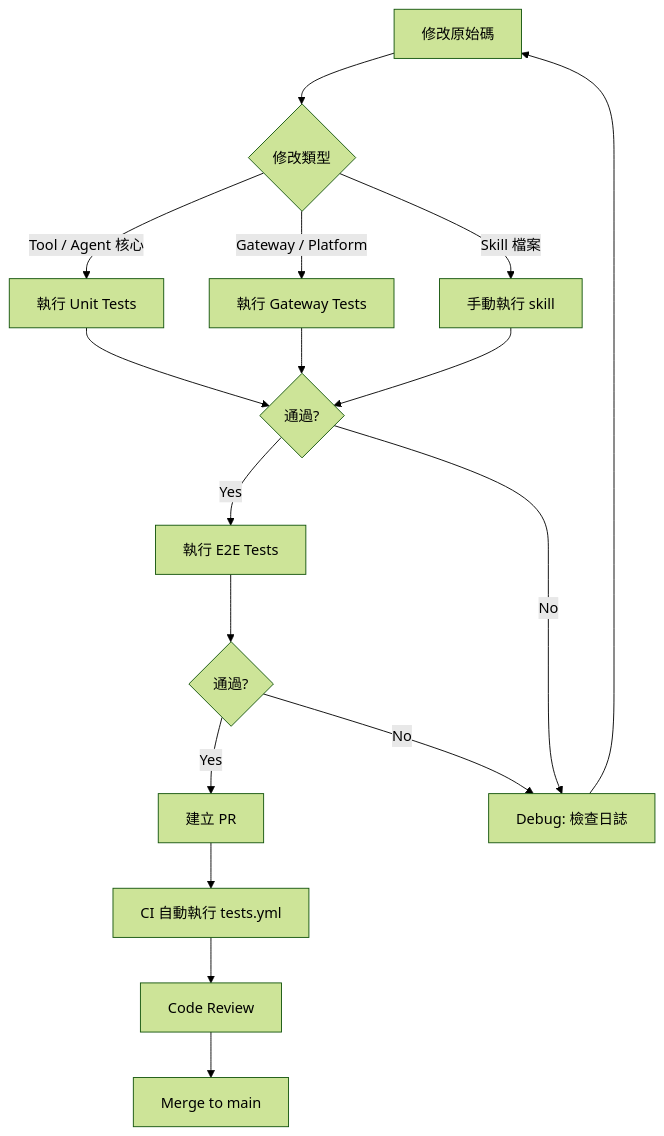
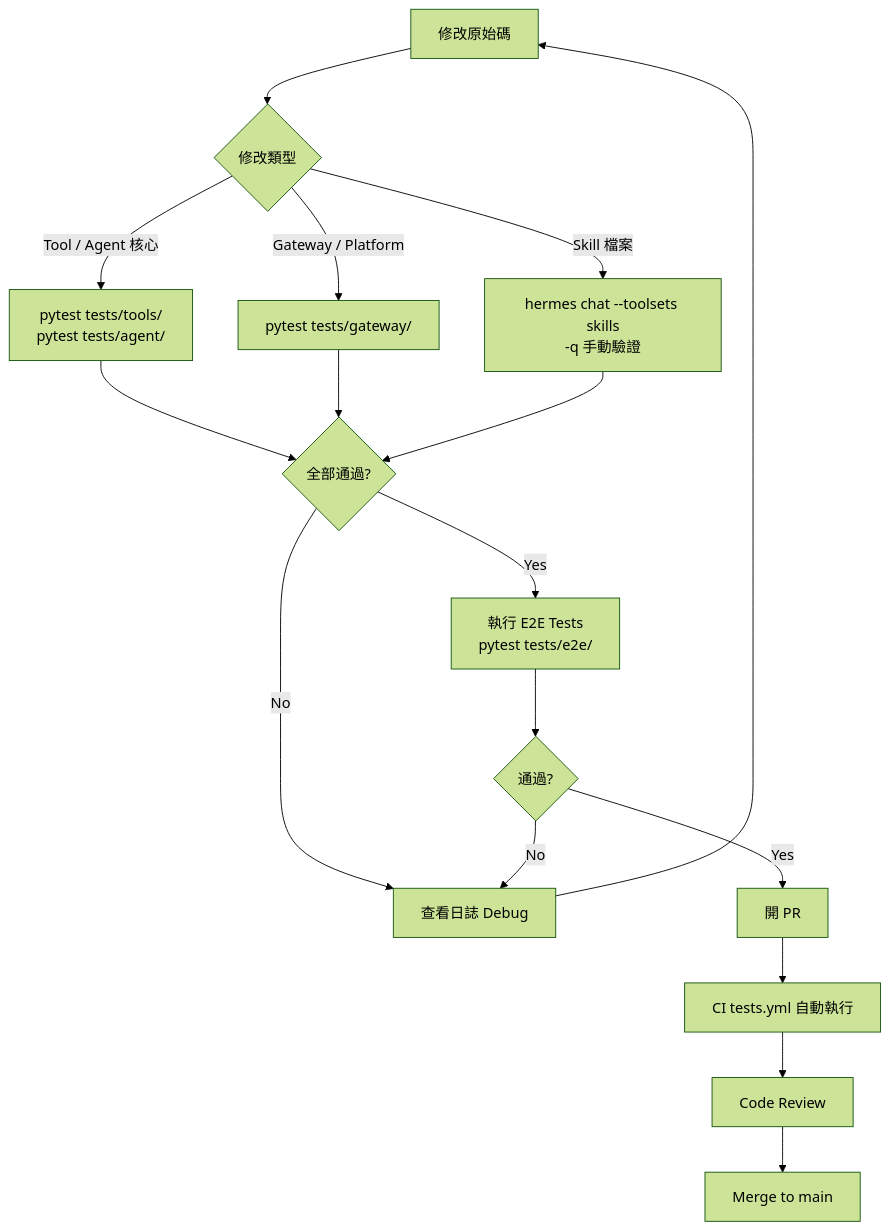
Before and after one commit to pichiu/hermes-agent: the diagram in .trace/DEV_GUIDE.md, drawn with Mermaid (forest theme). The commit also changed other lines of this file, not shown here.

````diff
--- a/.trace/DEV_GUIDE.md
+++ b/.trace/DEV_GUIDE.md
@@ -121,19 +118,19 @@
 ```mermaid
 flowchart TD
     A[修改原始碼] --> B{修改類型}
-    B -->|Tool / Agent 核心| C[執行 Unit Tests]
-    B -->|Gateway / Platform| D[執行 Gateway Tests]
-    B -->|Skill 檔案| E[手動執行 skill]
-    C --> F{通過?}
+    B -->|Tool / Agent 核心| C[pytest tests/tools/\npytest tests/agent/]
+    B -->|Gateway / Platform| D[pytest tests/gateway/]
+    B -->|Skill 檔案| E[hermes chat --toolsets skills\n-q 手動驗證]
+    C --> F{全部通過?}
     D --> F
     E --> F
-    F -->|Yes| G[執行 E2E Tests]
-    F -->|No| H[Debug: 檢查日誌]
+    F -->|No| H[查看日誌 Debug]
     H --> A
+    F -->|Yes| G[執行 E2E Tests\npytest tests/e2e/]
     G --> I{通過?}
-    I -->|Yes| J[建立 PR]
     I -->|No| H
-    J --> K[CI 自動執行 tests.yml]
+    I -->|Yes| J[開 PR]
+    J --> K[CI tests.yml 自動執行]
     K --> L[Code Review]
     L --> M[Merge to main]
 ```
````
